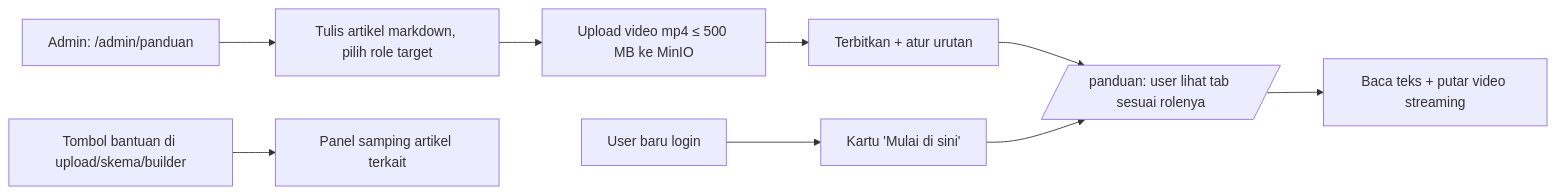
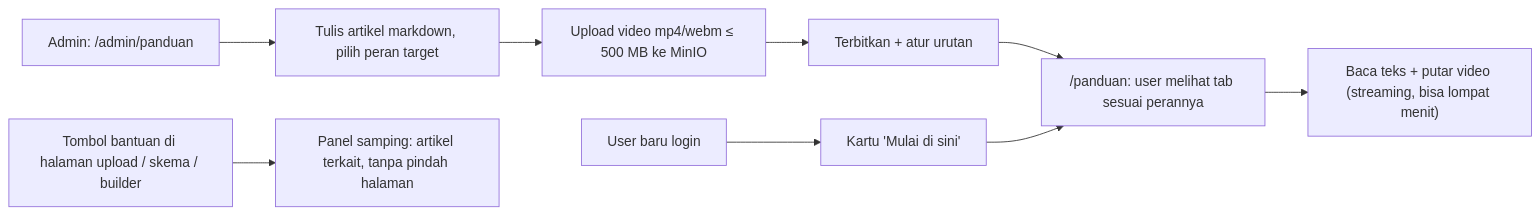
One commit to anas-fikri/data-dashboard changed the fifth of 9 diagrams in docs/flow-kerja.md. Above: the diagram before and after it, drawn with Mermaid. The commit also changed other lines of this file and 10 other files, not shown here.

Commit message:
docs: revisi 2 flow kerja — koreksi refresh, validasi CSV, raw+typed Parquet, cache per versi; tambah T-018 admin pengguna

````diff
--- a/docs/flow-kerja.md
+++ b/docs/flow-kerja.md
@@ -79,10 +101,10 @@
 ```mermaid
 flowchart LR
-  AD[Admin: /admin/panduan] --> AR[Tulis artikel markdown, pilih role target]
-  AR --> VD[Upload video mp4 ≤ 500 MB ke MinIO]
-  VD --> PB[Terbitkan + atur urutan]
-  PB --> PG[/panduan: user lihat tab sesuai rolenya/]
-  NU[User baru login] --> MS[Kartu 'Mulai di sini'] --> PG
-  PG --> RD[Baca teks + putar video streaming]
-  HL[Tombol bantuan di upload/skema/builder] --> SP[Panel samping artikel terkait]
+  AD["Admin: /admin/panduan"] --> AR["Tulis artikel markdown, pilih peran target"]
+  AR --> VD["Upload video mp4/webm ≤ 500 MB ke MinIO"]
+  VD --> PB["Terbitkan + atur urutan"]
+  PB --> PG["/panduan: user melihat tab sesuai perannya"]
+  NU["User baru login"] --> MS["Kartu 'Mulai di sini'"] --> PG
+  PG --> RD["Baca teks + putar video (streaming, bisa lompat menit)"]
+  HL["Tombol bantuan di halaman upload / skema / builder"] --> SP["Panel samping: artikel terkait, tanpa pindah halaman"]
 ```
````
